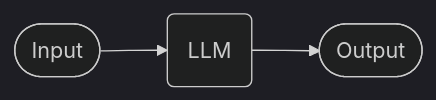
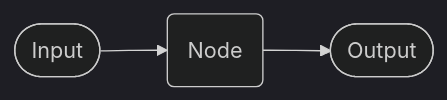
The diagram in docs/concepts/pipelines/index.md (dimagi/open-chat-studio-docs), drawn with Mermaid (dark theme) before and after one commit. The commit also changed other lines of this file, not shown here.

Commit message:
Improved text to align with diagrams

````diff
--- a/docs/concepts/pipelines/index.md
+++ b/docs/concepts/pipelines/index.md
@@ -18,5 +7,5 @@
 ``` mermaid
 graph LR
-  A@{ shape: stadium, label: "Input" } --> B(LLM);
+  A@{ shape: stadium, label: "Input" } --> B(Node);
   B --> C@{ shape: stadium, label: "Output" };
 ```
````
